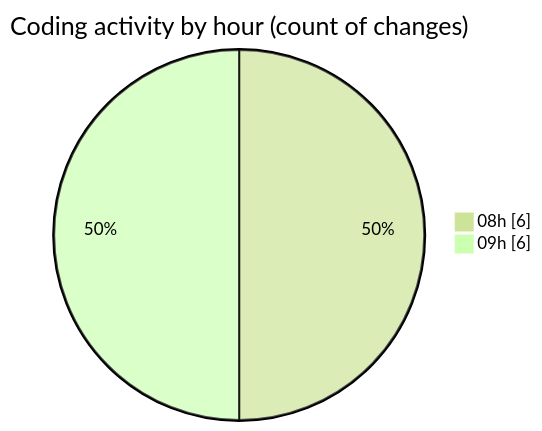
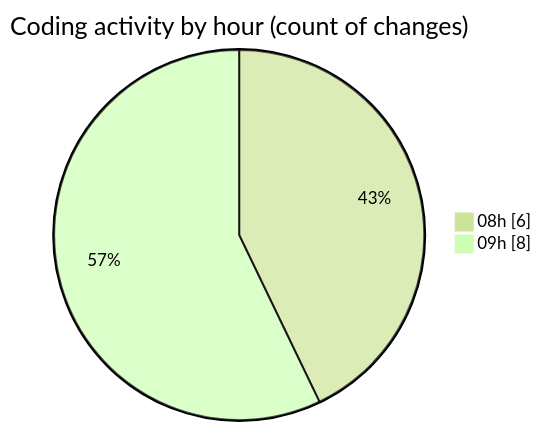
The second of 2 diagrams in 2025-04-11/zeytoon/README.md (vahidmafi/code-tracking), drawn with Mermaid (forest theme) before and after one commit. The commit also changed other lines of this file and 1 other file, not shown here.

````diff
--- a/2025-04-11/zeytoon/README.md
+++ b/2025-04-11/zeytoon/README.md
@@ -32,6 +32,6 @@
 ```mermaid
 pie showData
 title Coding activity by hour (count of changes)
 "08h" : 6
-"09h" : 6
+"09h" : 8
 ```
````
